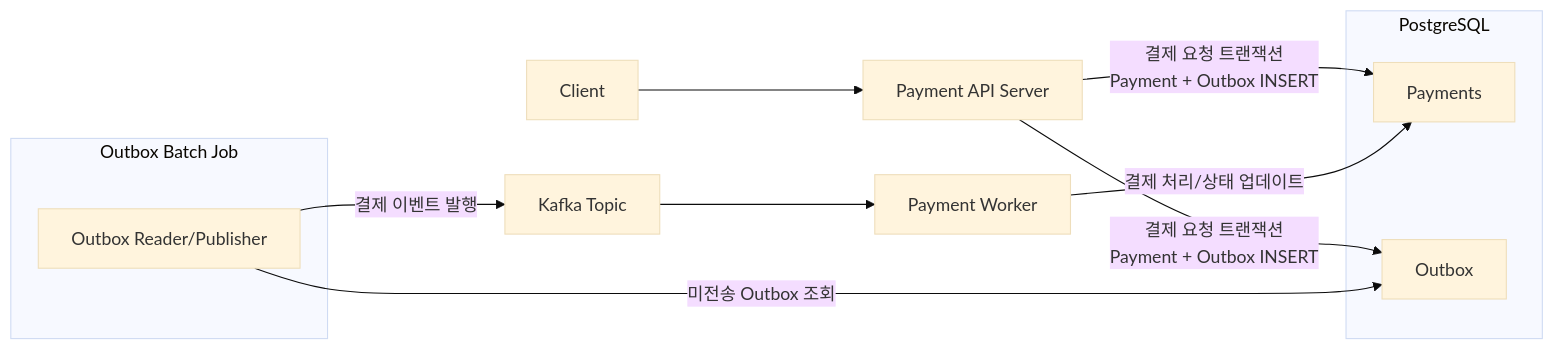
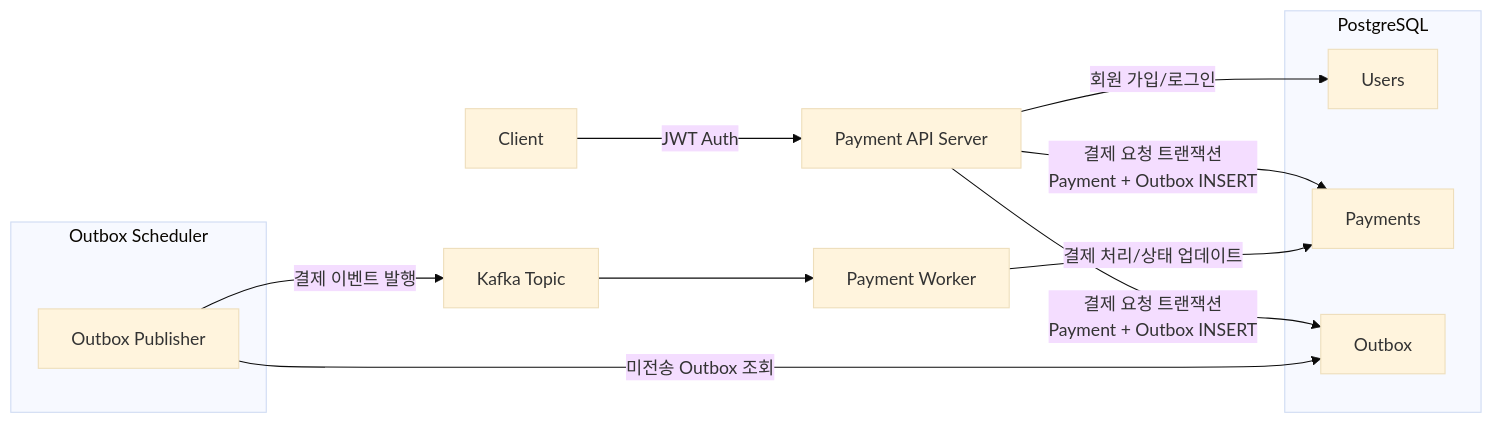
Before and after one commit to JeongStudy/payment-system: the diagram in README.md, drawn with Mermaid (base theme). The commit also changed other lines of this file, not shown here.

````diff
--- a/README.md
+++ b/README.md
@@ -66,23 +69,25 @@
 ``` mermaid
 flowchart LR
-    C[Client] --> API[Payment API Server]
+    C[Client] -->|JWT Auth| API[Payment API Server]
 
     subgraph DB[PostgreSQL]
+        U[Users]
         P[Payments]
         O[Outbox]
     end
 
+    API -->|"회원 가입/로그인"| U
     API -->|"결제 요청 트랜잭션\nPayment + Outbox INSERT"| P
     API -->|"결제 요청 트랜잭션\nPayment + Outbox INSERT"| O
 
-    subgraph Batch[Outbox Batch Job]
-        OB[Outbox Reader/Publisher]
+    subgraph Scheduler[Outbox Scheduler]
+        OB[Outbox Publisher]
     end
 
     OB -->|"미전송 Outbox 조회"| O
     OB -->|"결제 이벤트 발행"| K[Kafka Topic]
 
     K --> W[Payment Worker]
     W -->|"결제 처리/상태 업데이트"| P
 
 ```
````
